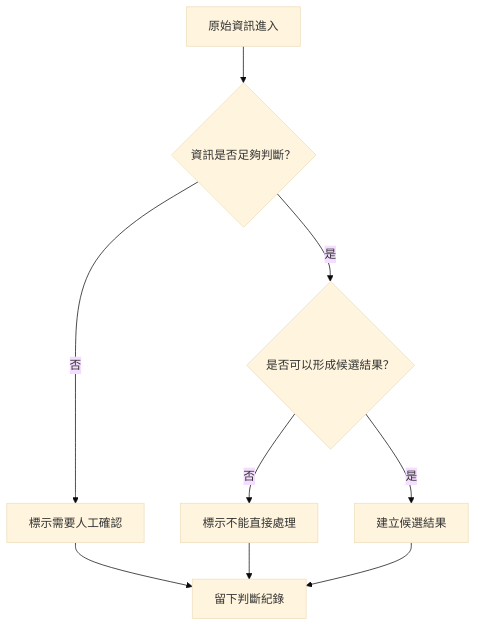
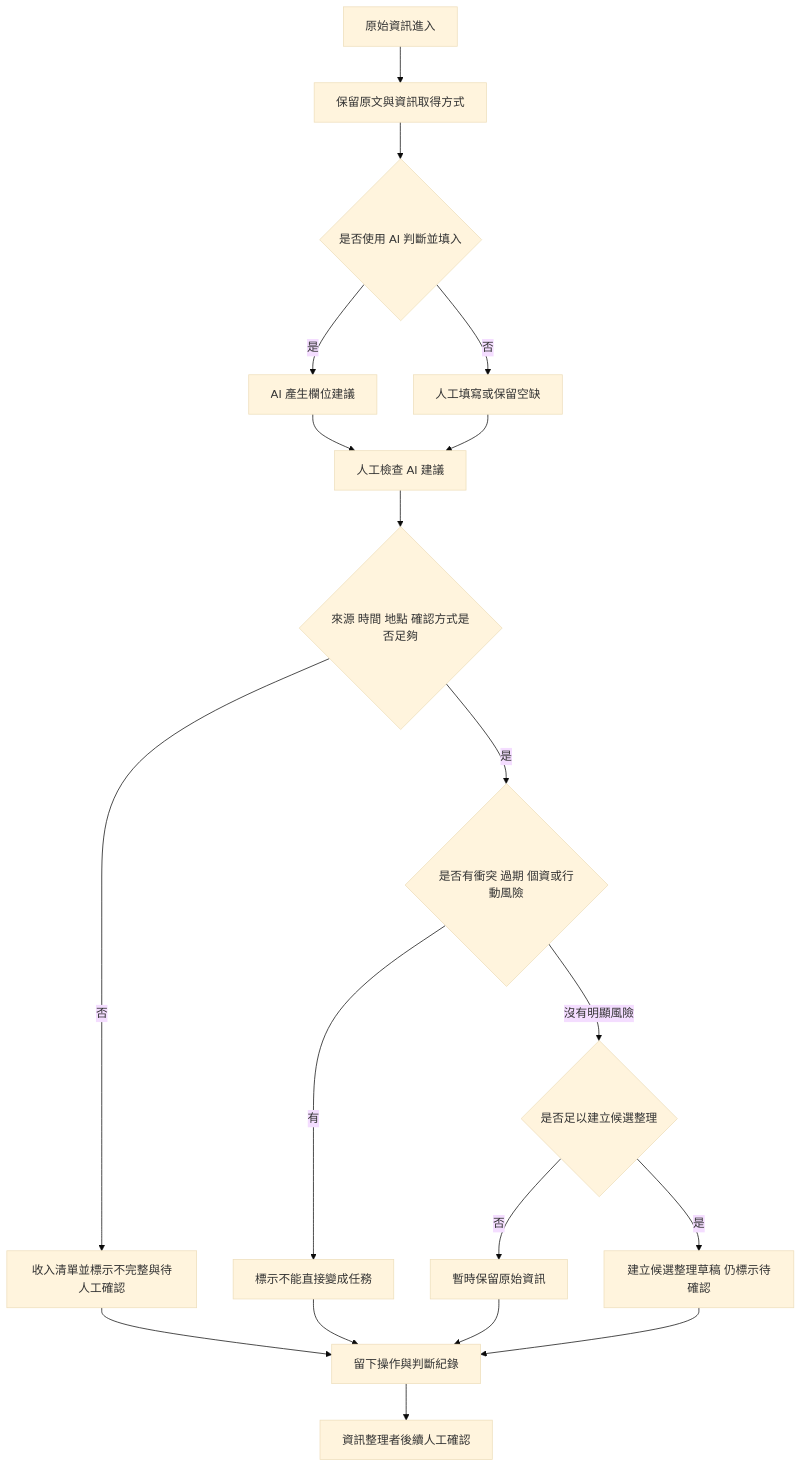
Before and after one commit to SITCON-Camp-2026/t4-m4-se-disaster: the diagram in release-packs/02-flow-design-kit/docs/flow.md, drawn with Mermaid (base theme). The commit also changed other lines of this file and 5 other files, not shown here.

Commit message:
feat: implement flow-based raw info intake

````diff
--- a/release-packs/02-flow-design-kit/docs/flow.md
+++ b/release-packs/02-flow-design-kit/docs/flow.md
@@ -39,11 +45,21 @@
 ```mermaid
 flowchart TD
-  A[原始資訊進入] --> B{資訊是否足夠判斷？}
-  B -->|否| C[標示需要人工確認]
-  B -->|是| D{是否可以形成候選結果？}
-  D -->|否| E[標示不能直接處理]
-  D -->|是| F[建立候選結果]
-  C --> G[留下判斷紀錄]
-  E --> G
-  F --> G
+  A[原始資訊進入] --> B[保留原文與資訊取得方式]
+  B --> C{是否使用 AI 判斷並填入}
+  C -->|是| D[AI 產生欄位建議]
+  C -->|否| E[人工填寫或保留空缺]
+  D --> F[人工檢查 AI 建議]
+  E --> F
+  F --> G{來源 時間 地點 確認方式是否足夠}
+  G -->|否| H[收入清單並標示不完整與待人工確認]
+  G -->|是| I{是否有衝突 過期 個資或行動風險}
+  I -->|有| J[標示不能直接變成任務]
+  I -->|沒有明顯風險| K{是否足以建立候選整理}
+  K -->|否| L[暫時保留原始資訊]
+  K -->|是| M[建立候選整理草稿 仍標示待確認]
+  H --> N[留下操作與判斷紀錄]
+  J --> N
+  L --> N
+  M --> N
+  N --> O[資訊整理者後續人工確認]
 ```
````
